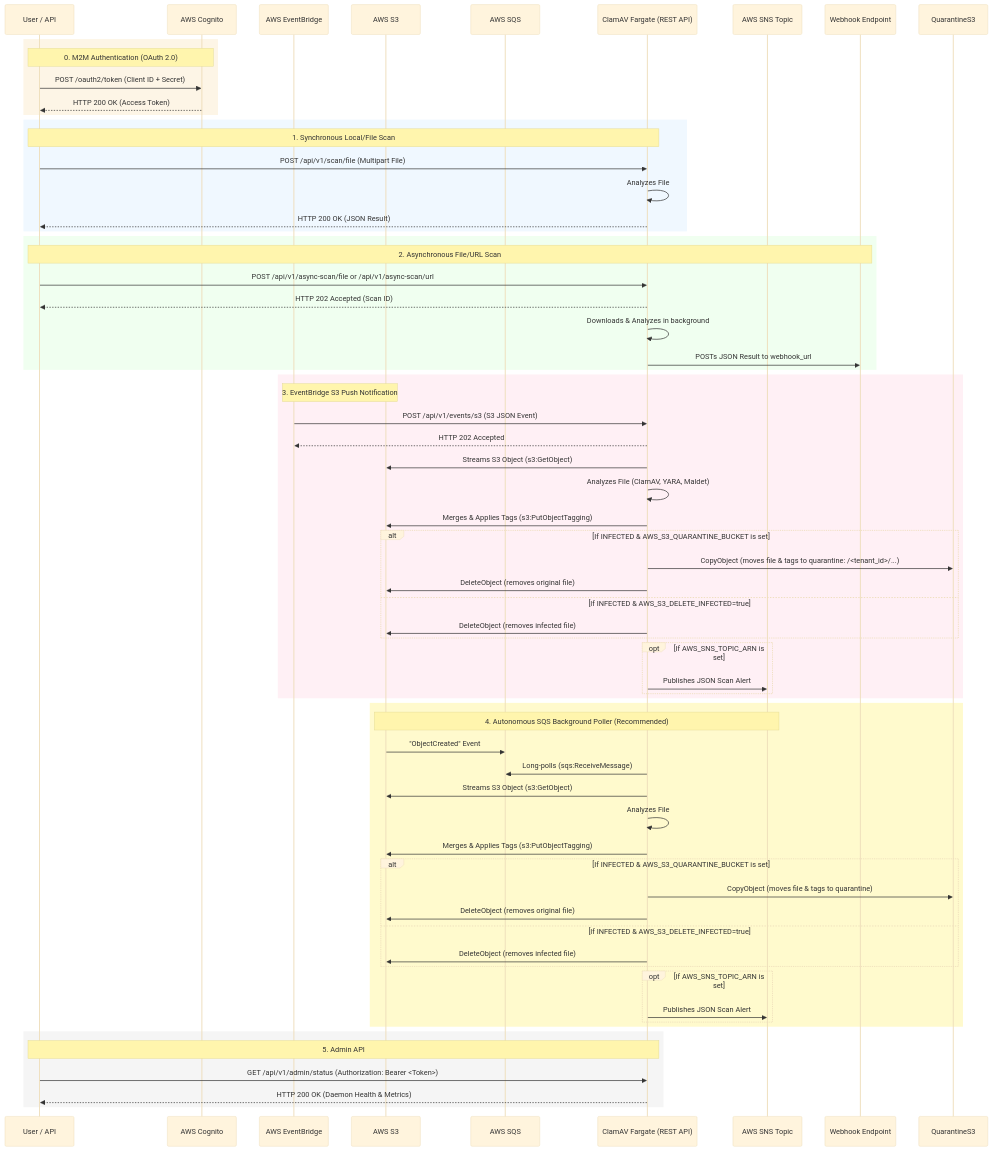
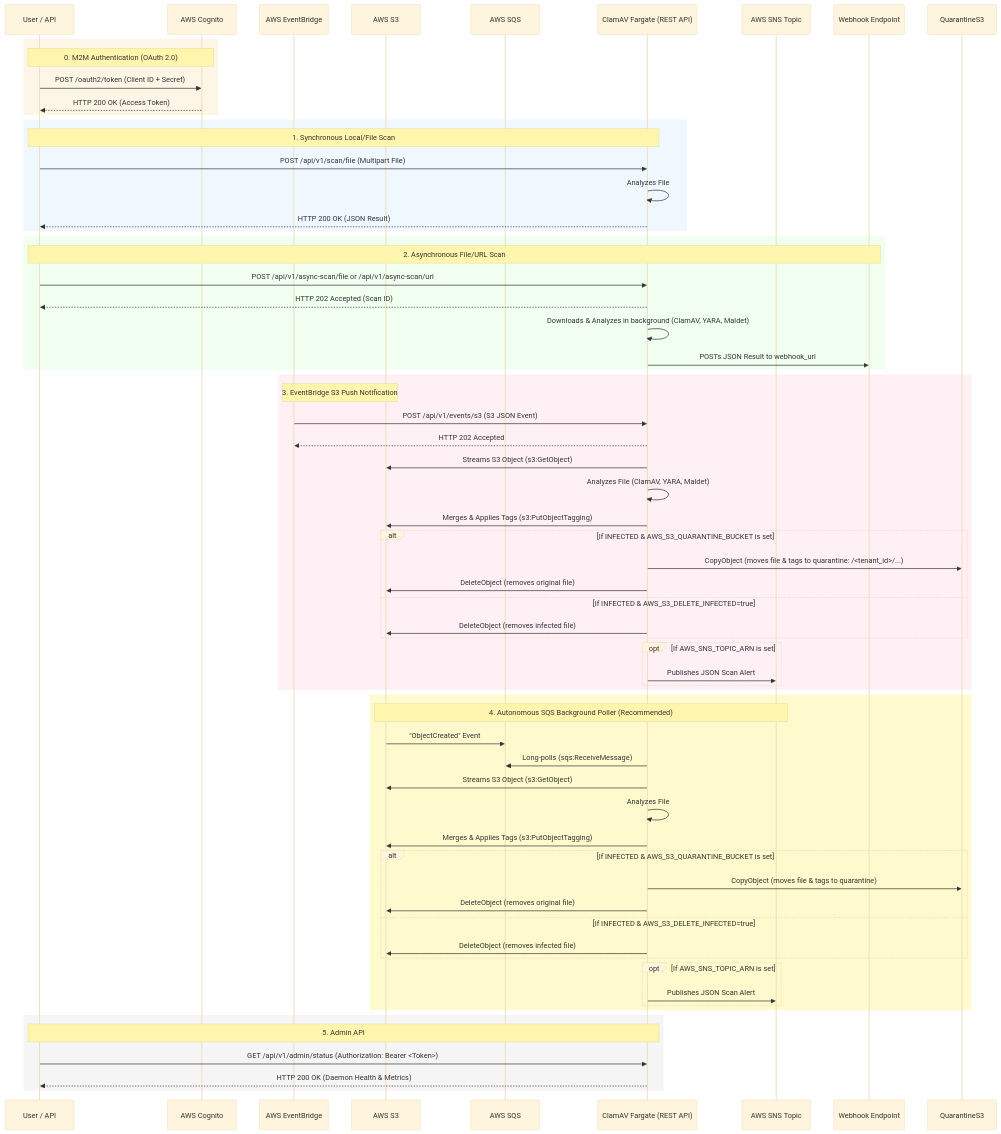
One commit to amithalder21/clamav-restapi changed the diagram in README.md. Above: the diagram before and after it, drawn with Mermaid (base theme). The commit also changed other lines of this file and 3 other files, not shown here.

````diff
--- a/README.md
+++ b/README.md
@@ -50,80 +50,80 @@
 ```mermaid
 sequenceDiagram
     participant Client as User / API
     participant Cognito as AWS Cognito
     participant EventBridge as AWS EventBridge
     participant S3 as AWS S3
     participant SQS as AWS SQS
     participant ClamAV as ClamAV Fargate (REST API)
     participant SNS as AWS SNS Topic
     participant Webhook as Webhook Endpoint
 
     %% 0. M2M Authentication (Client Credentials Grant)
     rect rgb(253, 245, 230)
         Note over Client, Cognito: 0. M2M Authentication (OAuth 2.0)
         Client->>Cognito: POST /oauth2/token (Client ID + Secret)
         Cognito-->>Client: HTTP 200 OK (Access Token)
     end
 
     %% 1. Synchronous Scan
     rect rgb(240, 248, 255)
         Note over Client, ClamAV: 1. Synchronous Local/File Scan
         Client->>ClamAV: POST /api/v1/scan/file (Multipart File)
         ClamAV->>ClamAV: Analyzes File
         ClamAV-->>Client: HTTP 200 OK (JSON Result)
     end
 
     %% 2. Asynchronous Scan
     rect rgb(240, 255, 240)
         Note over Client, Webhook: 2. Asynchronous File/URL Scan
         Client->>ClamAV: POST /api/v1/async-scan/file or /api/v1/async-scan/url
         ClamAV-->>Client: HTTP 202 Accepted (Scan ID)
-        ClamAV->>ClamAV: Downloads & Analyzes in background
+        ClamAV->>ClamAV: Downloads & Analyzes in background (ClamAV, YARA, Maldet)
         ClamAV->>Webhook: POSTs JSON Result to webhook_url
     end
 
     %% 3. Event-Driven S3 Push (EventBridge)
     rect rgb(255, 240, 245)
         Note over EventBridge, S3: 3. EventBridge S3 Push Notification
         EventBridge->>ClamAV: POST /api/v1/events/s3 (S3 JSON Event)
         ClamAV-->>EventBridge: HTTP 202 Accepted
         ClamAV->>S3: Streams S3 Object (s3:GetObject)
         ClamAV->>ClamAV: Analyzes File (ClamAV, YARA, Maldet)
         ClamAV->>S3: Merges & Applies Tags (s3:PutObjectTagging)
         alt If INFECTED & AWS_S3_QUARANTINE_BUCKET is set
             ClamAV->>QuarantineS3: CopyObject (moves file & tags to quarantine: /<tenant_id>/...)
             ClamAV->>S3: DeleteObject (removes original file)
         else If INFECTED & AWS_S3_DELETE_INFECTED=true
             ClamAV->>S3: DeleteObject (removes infected file)
         end
         opt If AWS_SNS_TOPIC_ARN is set
             ClamAV->>SNS: Publishes JSON Scan Alert
         end
     end
 
     %% 4. Event-Driven SQS Pull (Autonomous)
     rect rgb(255, 250, 205)
         Note over S3, SNS: 4. Autonomous SQS Background Poller (Recommended)
         S3->>SQS: "ObjectCreated" Event
         ClamAV->>SQS: Long-polls (sqs:ReceiveMessage)
         ClamAV->>S3: Streams S3 Object (s3:GetObject)
         ClamAV->>ClamAV: Analyzes File
         ClamAV->>S3: Merges & Applies Tags (s3:PutObjectTagging)
         alt If INFECTED & AWS_S3_QUARANTINE_BUCKET is set
             ClamAV->>QuarantineS3: CopyObject (moves file & tags to quarantine)
             ClamAV->>S3: DeleteObject (removes original file)
         else If INFECTED & AWS_S3_DELETE_INFECTED=true
             ClamAV->>S3: DeleteObject (removes infected file)
         end
         opt If AWS_SNS_TOPIC_ARN is set
             ClamAV->>SNS: Publishes JSON Scan Alert
         end
     end
 
     %% 5. Admin API
     rect rgb(245, 245, 245)
         Note over Client, ClamAV: 5. Admin API
         Client->>ClamAV: GET /api/v1/admin/status (Authorization: Bearer <Token>)
         ClamAV-->>Client: HTTP 200 OK (Daemon Health & Metrics)
     end
 ```
````
